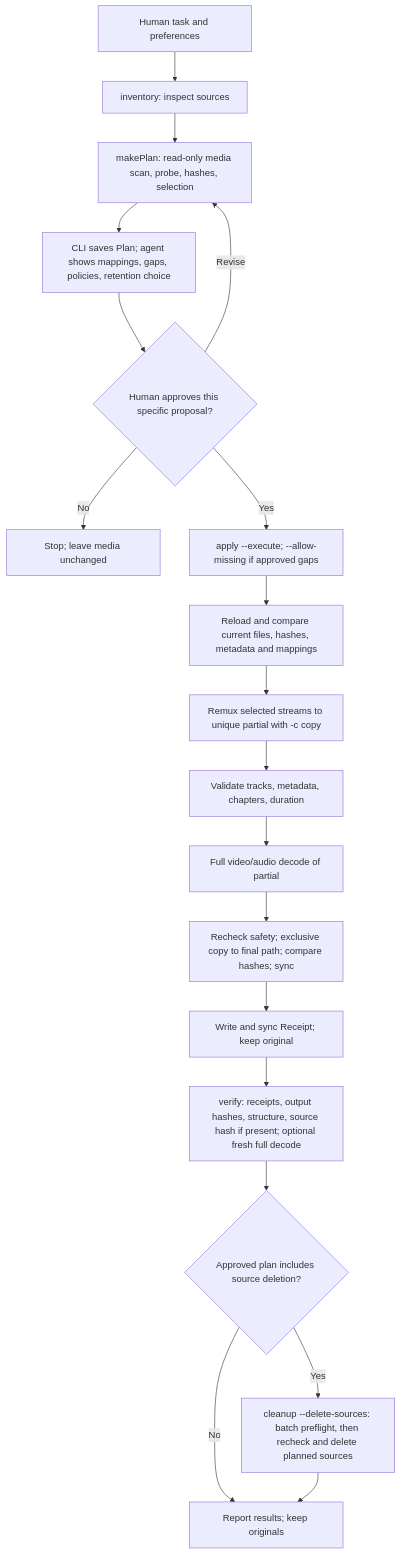
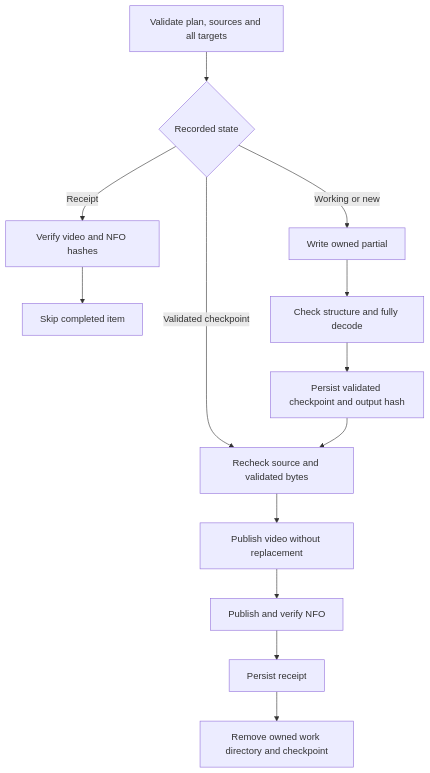
One commit to gonchanh/video-library changed the second of 2 diagrams in references/scripts-and-types.md. Above: the diagram before and after it, drawn with Mermaid. The commit also changed other lines of this file and 5 other files, not shown here.

Commit message:
Document verified approval workflow, metadata setup and platform limits

````diff
--- a/references/scripts-and-types.md
+++ b/references/scripts-and-types.md
@@ -23,21 +52,15 @@
 ```mermaid
 flowchart TD
-    Task[Human task and preferences] --> Inventory[inventory: inspect sources]
-    Inventory --> Plan[makePlan: read-only media scan, probe, hashes, selection]
-    Plan --> Manifest[CLI saves Plan; agent shows mappings, gaps, policies, retention choice]
-    Manifest --> Approval{Human approves this specific proposal?}
-    Approval -- Revise --> Plan
-    Approval -- No --> Stop[Stop; leave media unchanged]
-    Approval -- Yes --> Apply[apply --execute; --allow-missing if approved gaps]
-    Apply --> Fresh[Reload and compare current files, hashes, metadata and mappings]
-    Fresh --> Remux[Remux selected streams to unique partial with -c copy]
-    Remux --> Validate[Validate tracks, metadata, chapters, duration]
-    Validate --> Decode[Full video/audio decode of partial]
-    Decode --> Publish[Recheck safety; exclusive copy to final path; compare hashes; sync]
-    Publish --> Receipt[Write and sync Receipt; keep original]
-    Receipt --> Verify[verify: receipts, output hashes, structure, source hash if present; optional fresh full decode]
-    Verify --> Retain{Approved plan includes source deletion?}
-    Retain -- No --> Report[Report results; keep originals]
-    Retain -- Yes --> Cleanup[cleanup --delete-sources: batch preflight, then recheck and delete planned sources]
-    Cleanup --> Report
+    Inspect[Validate plan, sources and all targets] --> State{Recorded state}
+    State -->|Receipt| Check[Verify video and NFO hashes]
+    Check --> Skip[Skip completed item]
+    State -->|Working or new| Remux[Write owned partial]
+    Remux --> Decode[Check structure and fully decode]
+    Decode --> Validated[Persist validated checkpoint and output hash]
+    State -->|Validated checkpoint| Recheck[Recheck source and validated bytes]
+    Validated --> Recheck
+    Recheck --> Publish[Publish video without replacement]
+    Publish --> Sidecar[Publish and verify NFO]
+    Sidecar --> Receipt[Persist receipt]
+    Receipt --> Tidy[Remove owned work directory and checkpoint]
 ```
````
